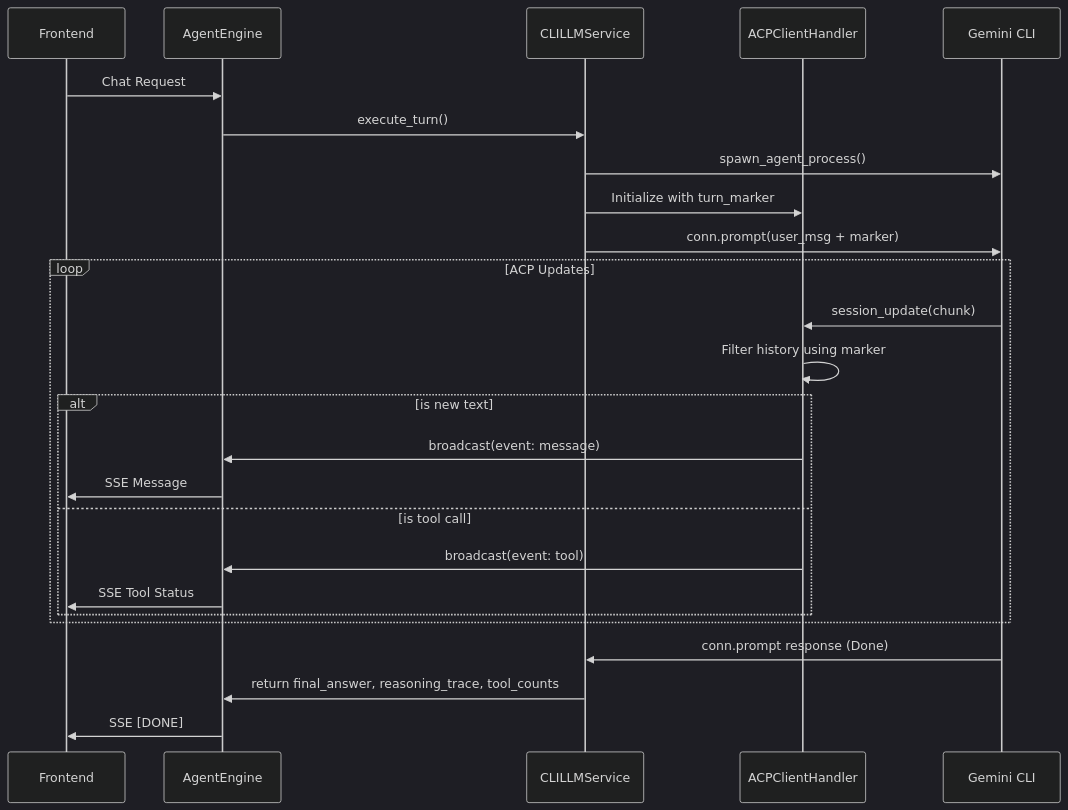
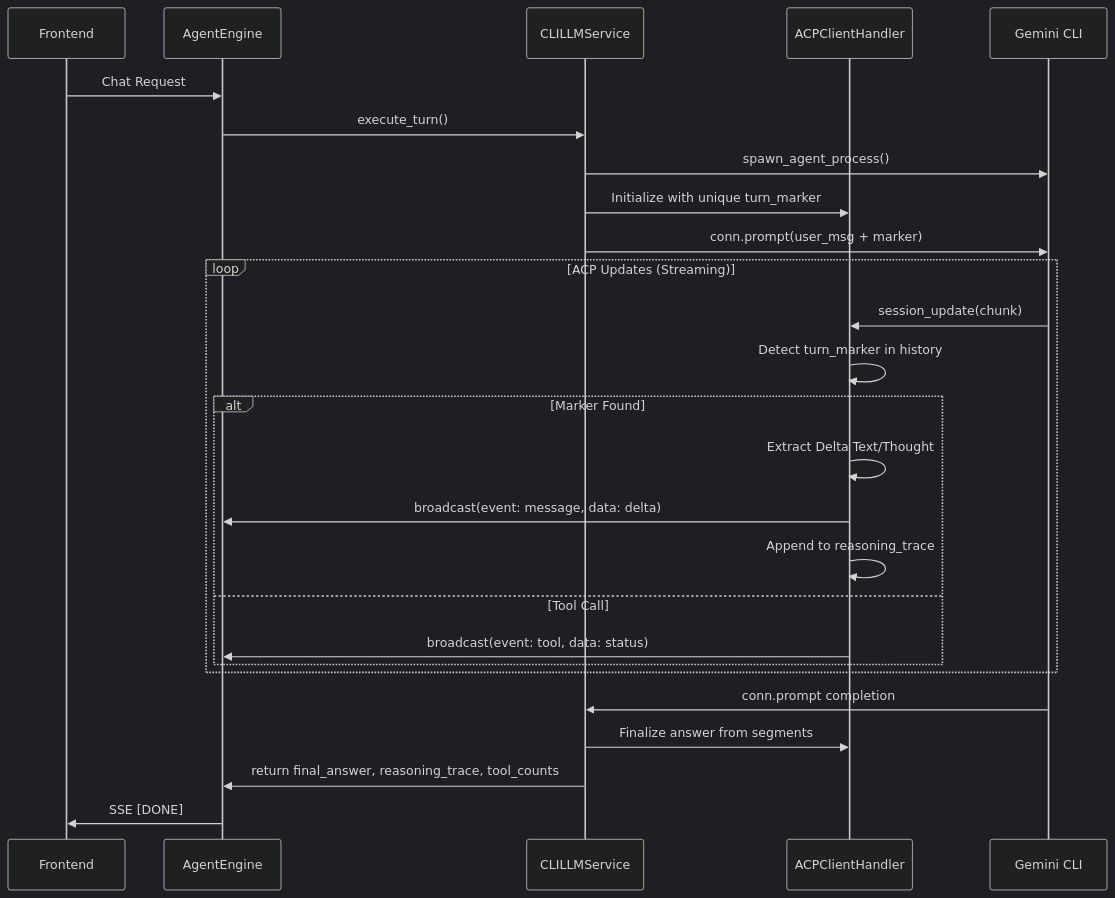
One commit to JohNan/local-chat-agent changed the diagram in docs/cli_engine_streaming_fix.md. Above: the diagram before and after it, drawn with Mermaid (dark theme). The commit also changed other lines of this file and 1 other file, not shown here.

````diff
--- a/docs/cli_engine_streaming_fix.md
+++ b/docs/cli_engine_streaming_fix.md
@@ -33,30 +29,31 @@
 ```mermaid
 sequenceDiagram
     participant FE as Frontend
     participant AE as AgentEngine
     participant CS as CLILLMService
     participant CH as ACPClientHandler
     participant GC as Gemini CLI
 
     FE->>AE: Chat Request
     AE->>CS: execute_turn()
     CS->>GC: spawn_agent_process()
-    CS->>CH: Initialize with turn_marker
+    CS->>CH: Initialize with unique turn_marker
     CS->>GC: conn.prompt(user_msg + marker)
     
-    loop ACP Updates
+    loop ACP Updates (Streaming)
         GC->>CH: session_update(chunk)
-        CH->>CH: Filter history using marker
-        alt is new text
-            CH->>AE: broadcast(event: message)
-            AE->>FE: SSE Message
-        else is tool call
-            CH->>AE: broadcast(event: tool)
-            AE->>FE: SSE Tool Status
+        CH->>CH: Detect turn_marker in history
+        alt Marker Found
+            CH->>CH: Extract Delta Text/Thought
+            CH->>AE: broadcast(event: message, data: delta)
+            CH->>CH: Append to reasoning_trace
+        else Tool Call
+            CH->>AE: broadcast(event: tool, data: status)
         end
     end
     
-    GC->>CS: conn.prompt response (Done)
+    GC->>CS: conn.prompt completion
+    CS->>CH: Finalize answer from segments
     CS->>AE: return final_answer, reasoning_trace, tool_counts
     AE->>FE: SSE [DONE]
 ```
````
